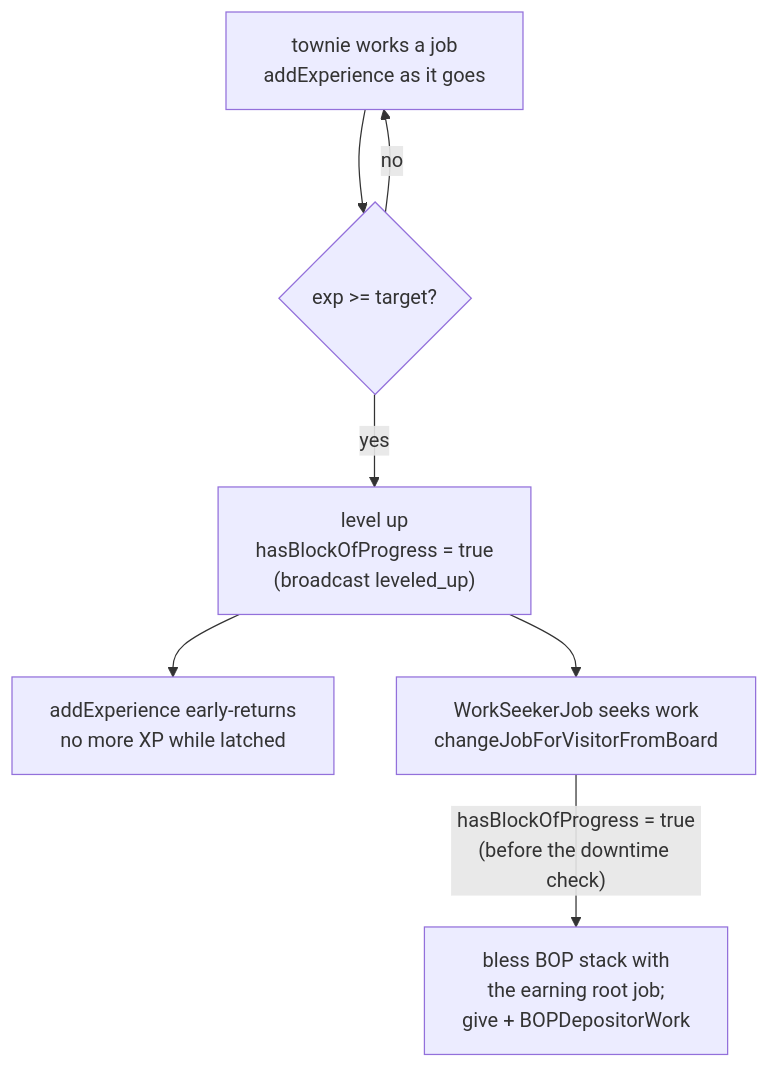
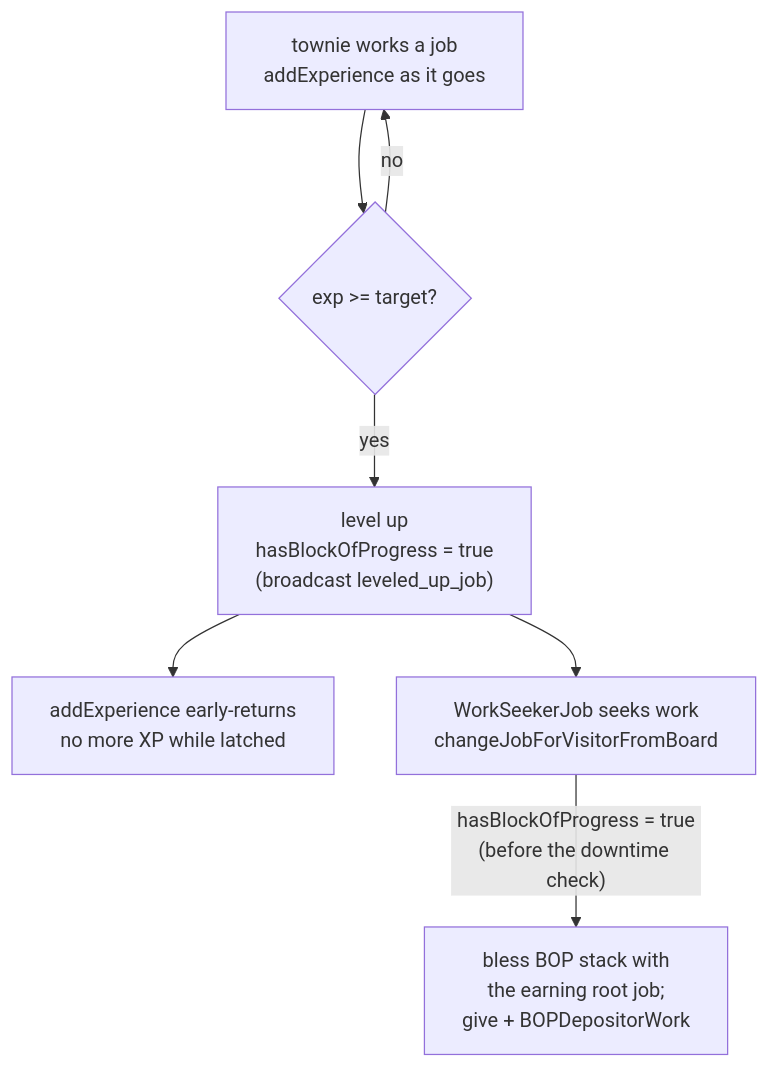
Before and after one commit to bradsk88/Questown: the fourth of 15 diagrams in src/main/java/ca/bradj/questown/town/entity/COMPLEX.md, drawn with Mermaid. The commit also changed other lines of this file and 14 other files, not shown here.

First line of the commit message:
Dev playtest fixes: job-change timing, status icons, level-up job, tag names

````diff
--- a/src/main/java/ca/bradj/questown/town/entity/COMPLEX.md
+++ b/src/main/java/ca/bradj/questown/town/entity/COMPLEX.md
@@ -134,9 +134,9 @@
 ```mermaid
 flowchart TD
     Work["townie works a job\naddExperience as it goes"] --> Lvl{"exp >= target?"}
     Lvl -- no --> Work
-    Lvl -- yes --> Latch["level up\nhasBlockOfProgress = true\n(broadcast leveled_up)"]
+    Lvl -- yes --> Latch["level up\nhasBlockOfProgress = true\n(broadcast leveled_up_job)"]
     Latch --> Stall["addExperience early-returns\nno more XP while latched"]
     Latch --> Seek["WorkSeekerJob seeks work\nchangeJobForVisitorFromBoard"]
     Seek -->|"hasBlockOfProgress = true\n(before the downtime check)"| Give["bless BOP stack with\nthe earning root job;\ngive + BOPDepositorWork"]
 ```
````
